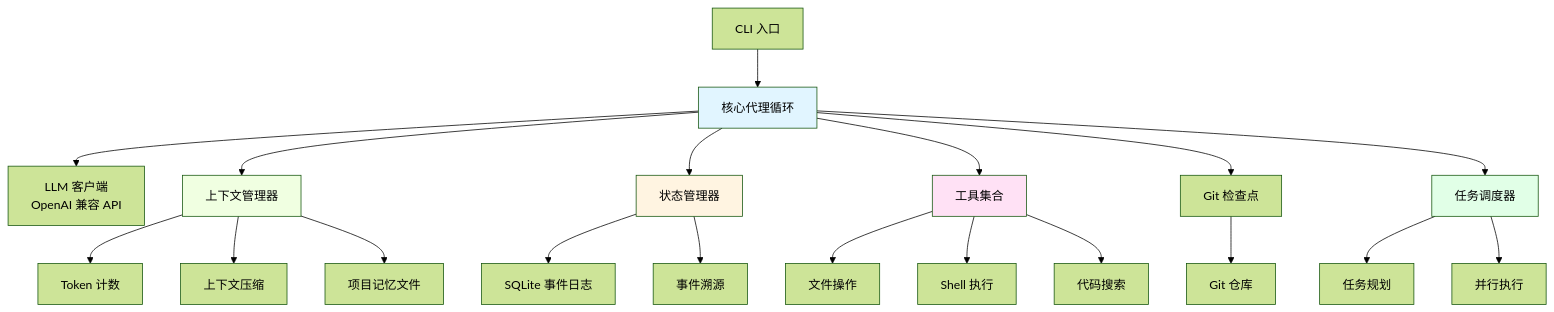
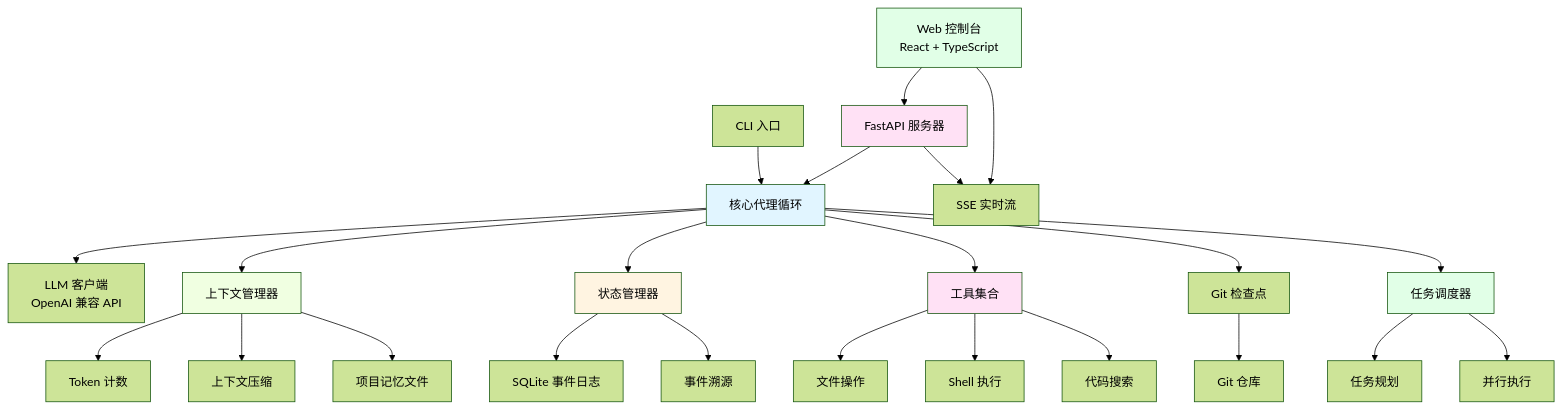
One commit to yangreat/minicoder changed the diagram in README.md. Above: the diagram before and after it, drawn with Mermaid (forest theme). The commit also changed other lines of this file and 29 other files, not shown here.

````diff
--- a/README.md
+++ b/README.md
@@ -32,32 +32,40 @@
 ```mermaid
 graph TB
+    WebUI[Web 控制台<br/>React + TypeScript] --> API[FastAPI 服务器]
     CLI[CLI 入口] --> Agent[核心代理循环]
+    API --> Agent
+    
     Agent --> LLM[LLM 客户端<br/>OpenAI 兼容 API]
     Agent --> Context[上下文管理器]
     Agent --> State[状态管理器]
     Agent --> Tools[工具集合]
     Agent --> Checkpoint[Git 检查点]
     
     Context --> TokenCounter[Token 计数]
     Context --> Compression[上下文压缩]
     Context --> Memory[项目记忆文件]
     
     State --> SQLite[SQLite 事件日志]
     State --> Events[事件溯源]
     
     Tools --> FileOps[文件操作]
     Tools --> Shell[Shell 执行]
     Tools --> Search[代码搜索]
     
     Checkpoint --> Git[Git 仓库]
     
     Scheduler[任务调度器] --> Planner[任务规划]
     Scheduler --> Parallel[并行执行]
     Agent --> Scheduler
     
+    API --> SSE[SSE 实时流]
+    WebUI --> SSE
+    
+    style WebUI fill:#e1ffe7
+    style API fill:#ffe1f5
     style Agent fill:#e1f5ff
     style State fill:#fff4e1
     style Context fill:#f0ffe1
     style Tools fill:#ffe1f5
     style Scheduler fill:#e1ffe7
 ```
````
